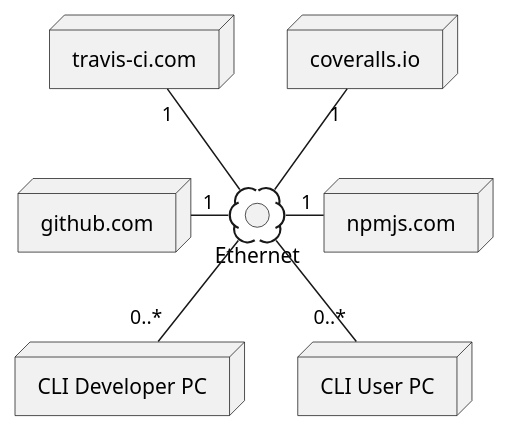
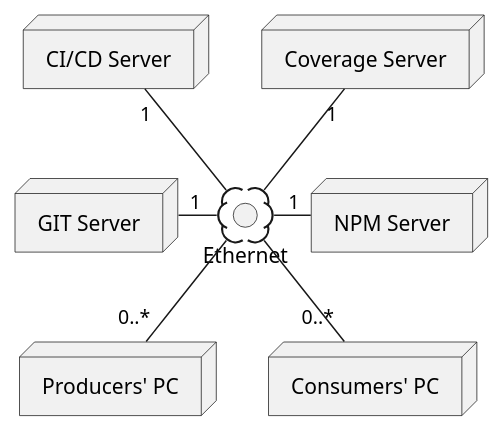
The first of 3 diagrams in uml/cli.puml (imazzine/design), drawn with PlantUML before and after one commit. The commit also changed other lines of this file and 4 other files, not shown here.

```diff
--- a/uml/cli.puml
+++ b/uml/cli.puml
@@ -1,17 +1,17 @@
 @startuml devices
-    node "github.com" as GITServer
-    node "npmjs.com" as NPMServer
-    node "travis-ci.com" as CICDServer
-    node "coveralls.io" as CoverageServer
-    node "CLI Developer PC" as DeveloperPC
-    node "CLI User PC" as UserPC
+    node "GIT Server" as GITServer
+    node "NPM Server" as NPMServer
+    node "CI/CD Server" as CICDServer
+    node "Coverage Server" as CoverageServer
+    node "Producers' PC" as DeveloperPC
+    node "Consumers' PC" as UserPC
 
     interface "Ethernet" as Ethernet
 
     GITServer "1" -( Ethernet
     CICDServer "1" --( Ethernet
     CoverageServer "1" --( Ethernet
     Ethernet )- "1" NPMServer
     Ethernet )-- "0..*" DeveloperPC
     Ethernet )-- "0..*" UserPC
 @enduml
```
